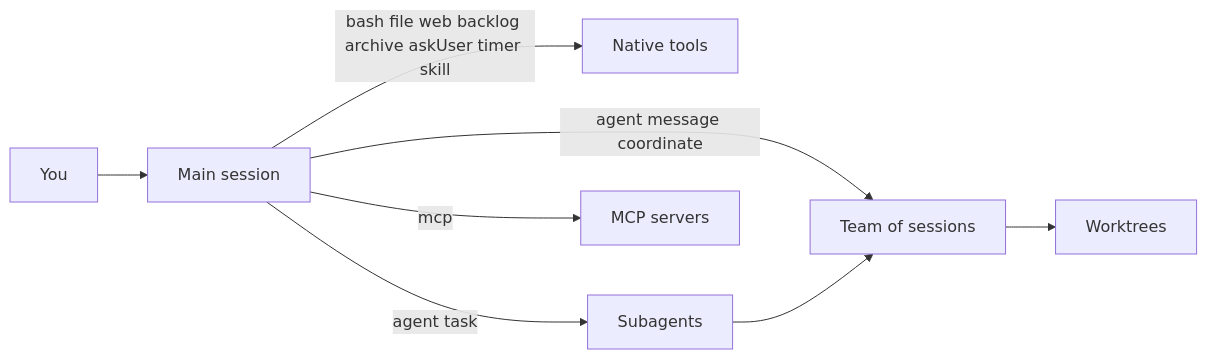
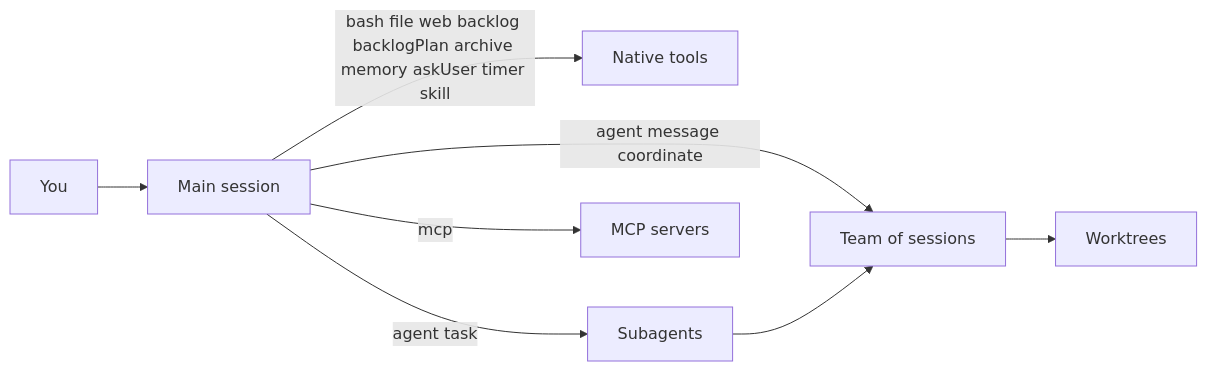
Before and after one commit to bgauryy/octocode-coding-agent: the first of 16 diagrams in packages/coding-agent/docs/native-features.md, drawn with Mermaid. The commit also changed other lines of this file and 1413 other files, not shown here.

````diff
--- a/packages/coding-agent/docs/native-features.md
+++ b/packages/coding-agent/docs/native-features.md
@@ -5,10 +5,10 @@
 ```mermaid
 flowchart LR
   U[You] --> M[Main session]
-  M -->|bash file web backlog archive askUser timer skill| T[Native tools]
+  M -->|bash file web backlog backlogPlan archive memory askUser timer skill| T[Native tools]
   M -->|agent task| S[Subagents]
   M -->|agent message coordinate| TM[Team of sessions]
   M -->|mcp| X[MCP servers]
   S --> TM
   TM --> W[Worktrees]
 ```
````
